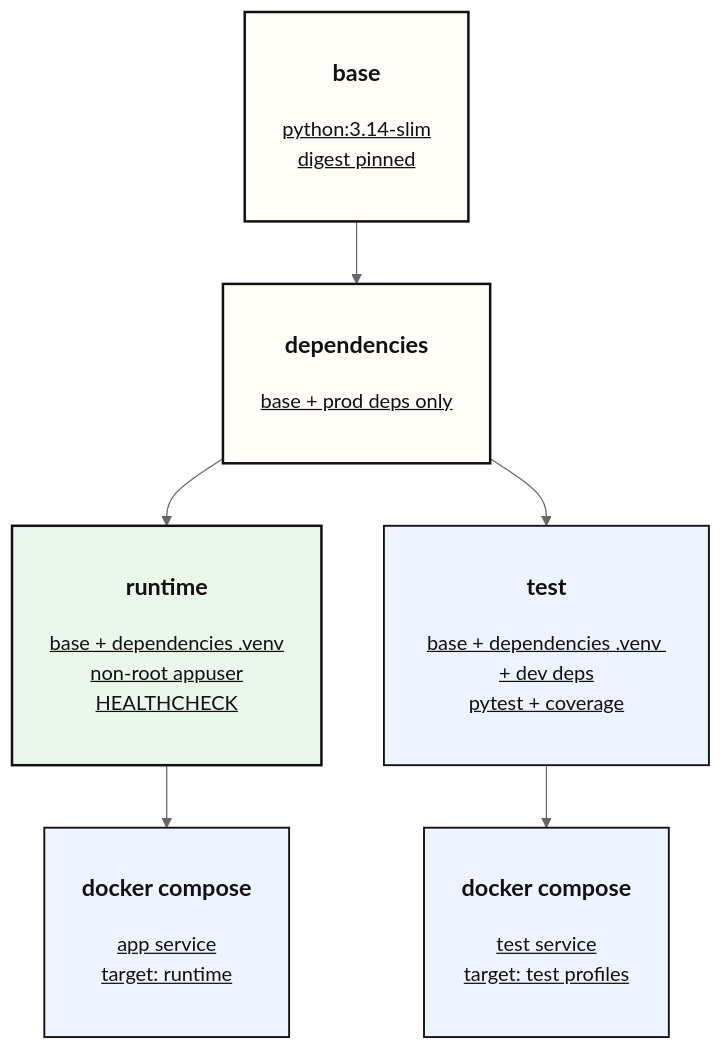
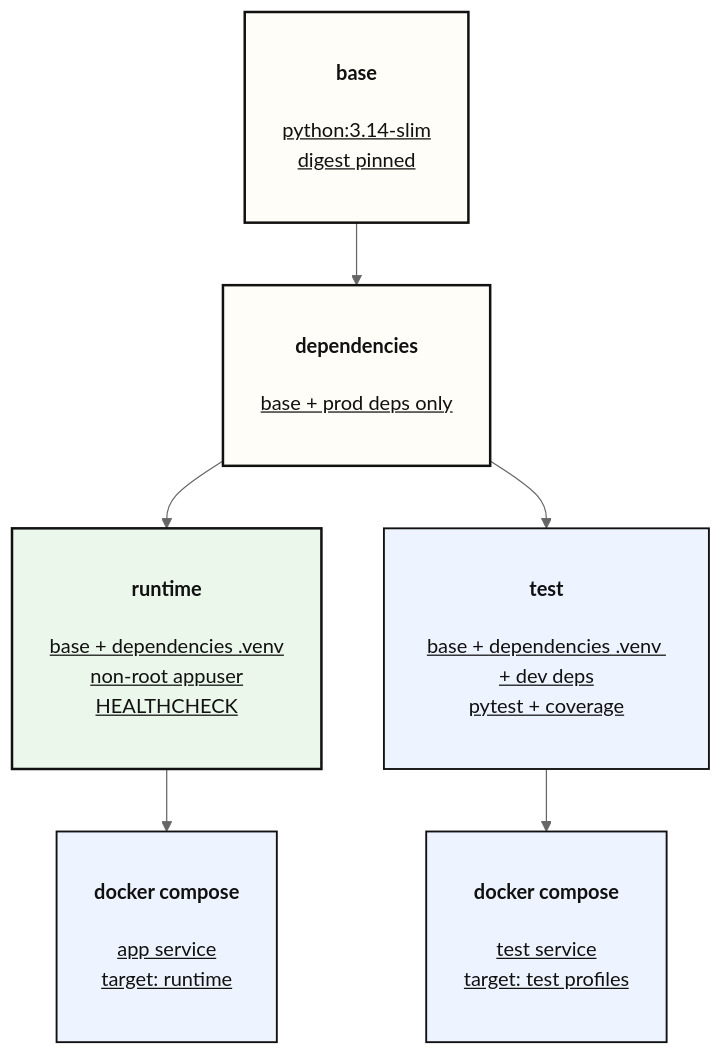
Before and after one commit to yaoki-dev/api-test-devops-portfolio: the fourth of 4 diagrams in README.md, drawn with Mermaid (neutral theme). The commit also changed other lines of this file and 2 other files, not shown here.

````diff
--- a/README.md
+++ b/README.md
@@ -218,29 +221,29 @@
 ```mermaid
 flowchart TD
-    B["<h3>base</h3><u>python:3.14-slim<br/>digest pinned</u>
+    B["<h4>base</h4><u>python:3.14-slim<br/>digest pinned</u>
     <br/>"]
 
-    B --> D["<h3>dependencies</h3><u>base + prod deps only</u>
+    B --> D["<h4>dependencies</h4><u>base + prod deps only</u>
     <br/>"]
 
-    D --> R["<h3>runtime</h3><u>base + dependencies .venv<br/>non-root appuser<br/>HEALTHCHECK</u>
+    D --> R["<h4>runtime</h4><u>base + dependencies .venv<br/>non-root appuser<br/>HEALTHCHECK</u>
     <br/>"]
 
-    D --> T["<h3>test</h3><u>base + dependencies .venv + dev deps<br/>pytest + coverage</u>
+    D --> T["<h4>test</h4><u>base + dependencies .venv + dev deps<br/>pytest + coverage</u>
     <br/>"]
 
-    R --> C1["<h3>docker compose</h3><u>app service<br/>target: runtime</u>
+    R --> C1["<h4>docker compose</h4><u>app service<br/>target: runtime</u>
     <br/>"]
 
-    T --> C2["<h3>docker compose</h3><u>test service<br/>target: test profiles</u>
+    T --> C2["<h4>docker compose</h4><u>test service<br/>target: test profiles</u>
     <br/>"]
 
     classDef default fill:#F7F3EA,stroke:#111,stroke-width:1.5px,color:#111;
     classDef key fill:#FFFDF7,stroke:#111,stroke-width:2px,color:#111;
     classDef runtime fill:#EAF7EA,stroke:#111,stroke-width:2px,color:#111;
     classDef support fill:#EEF4FF,stroke:#111,stroke-width:1.5px,color:#111;
 
     class B,D key;
     class R runtime;
     class T,C1,C2 support;
 ```
````
